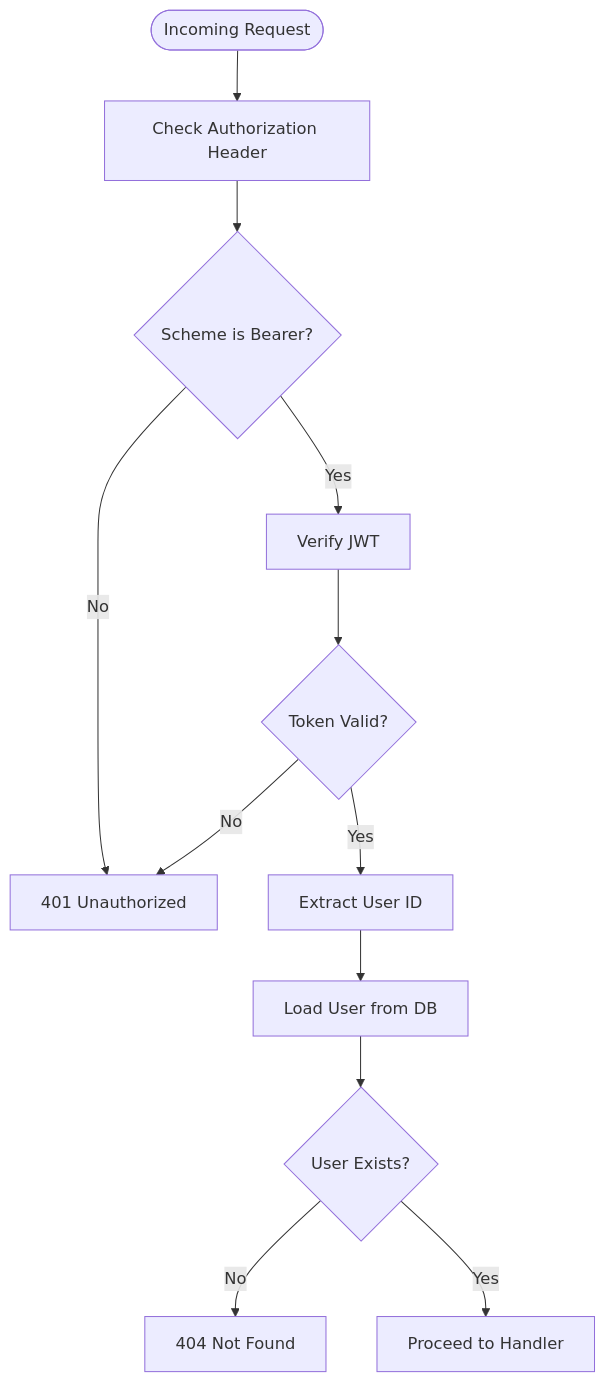
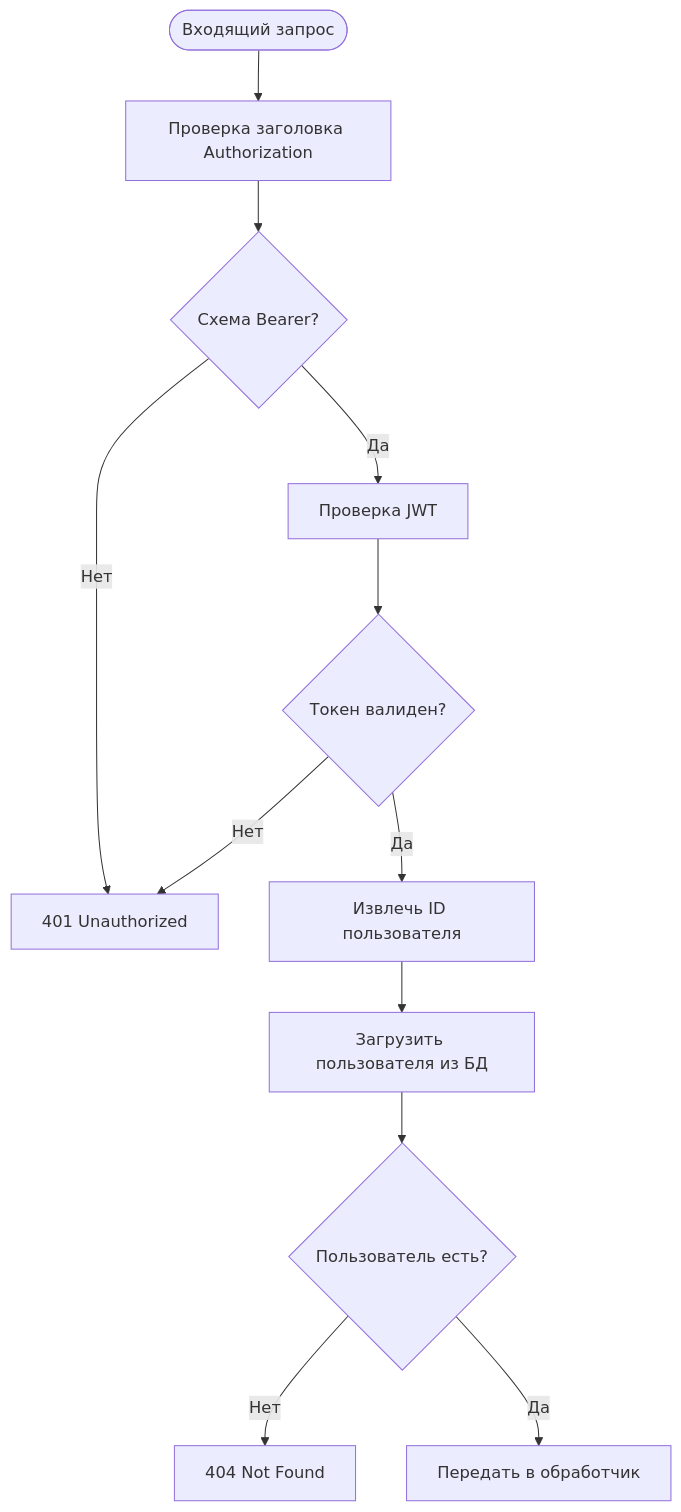
One commit to nilsnavi/fit_trackerpro changed the third of 5 diagrams in .qoder/repowiki/en/content/Development Guidelines & Contributing.md. Above: the diagram before and after it, drawn with Mermaid. The commit also changed other lines of this file and 11 other files, not shown here.

````diff
--- a/.qoder/repowiki/en/content/Development Guidelines & Contributing.md
+++ b/.qoder/repowiki/en/content/Development Guidelines & Contributing.md
@@ -168,14 +173,14 @@
 ```mermaid
 flowchart TD
-Start(["Incoming Request"]) --> CheckAuth["Check Authorization Header"]
-CheckAuth --> Scheme{"Scheme is Bearer?"}
-Scheme --> |No| Deny["401 Unauthorized"]
-Scheme --> |Yes| Verify["Verify JWT"]
-Verify --> Valid{"Token Valid?"}
-Valid --> |No| Deny
-Valid --> |Yes| Extract["Extract User ID"]
-Extract --> LoadUser["Load User from DB"]
-LoadUser --> Found{"User Exists?"}
-Found --> |No| NotFound["404 Not Found"]
-Found --> |Yes| Allow["Proceed to Handler"]
+Start(["Входящий запрос"]) --> CheckAuth["Проверка заголовка Authorization"]
+CheckAuth --> Scheme{"Схема Bearer?"}
+Scheme --> |Нет| Deny["401 Unauthorized"]
+Scheme --> |Да| Verify["Проверка JWT"]
+Verify --> Valid{"Токен валиден?"}
+Valid --> |Нет| Deny
+Valid --> |Да| Extract["Извлечь ID пользователя"]
+Extract --> LoadUser["Загрузить пользователя из БД"]
+LoadUser --> Found{"Пользователь есть?"}
+Found --> |Нет| NotFound["404 Not Found"]
+Found --> |Да| Allow["Передать в обработчик"]
 ```
````
